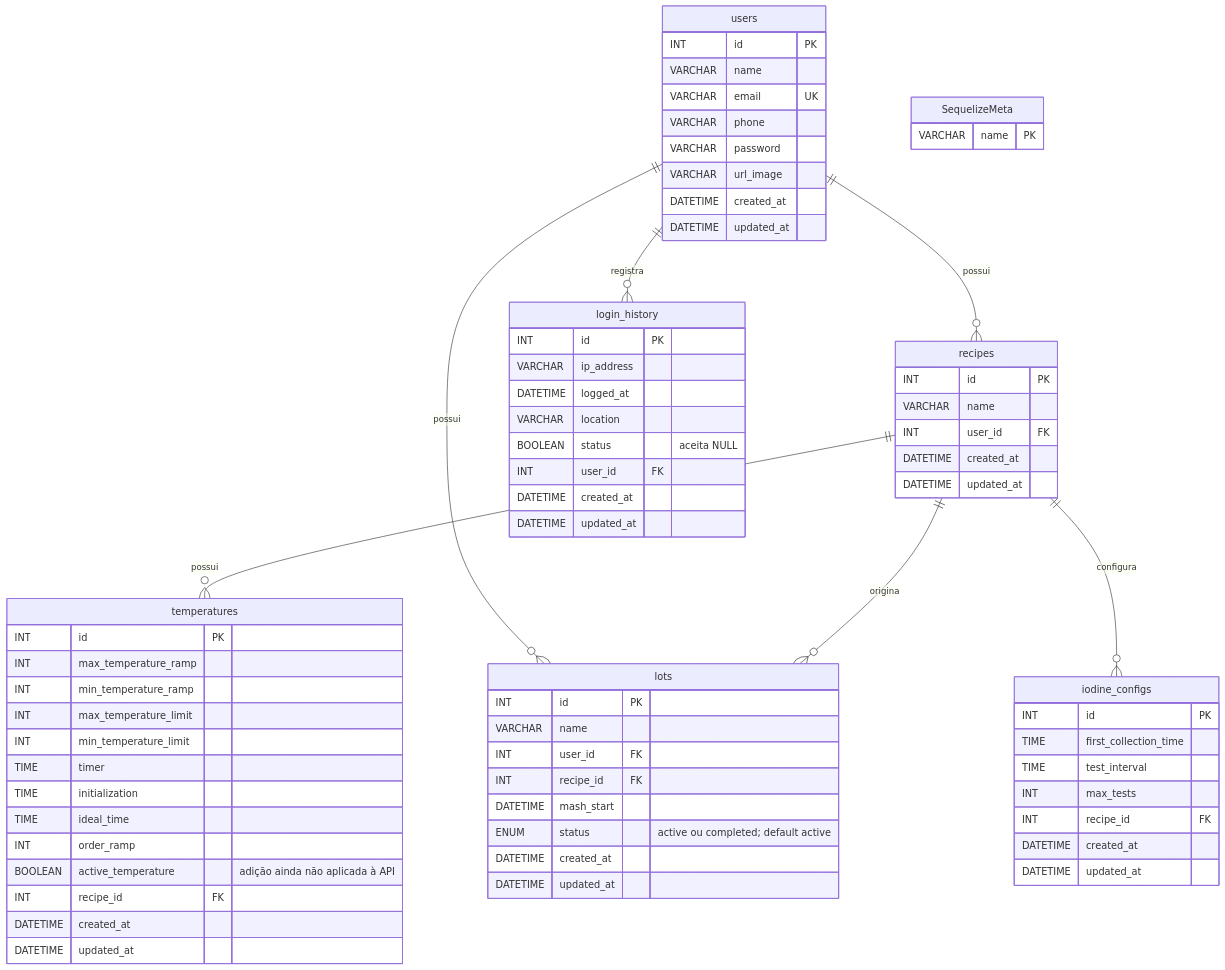
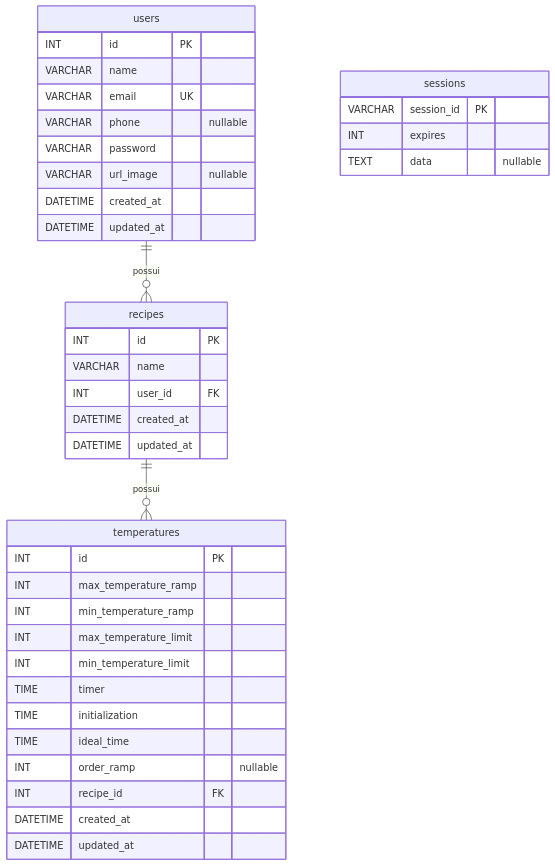
The diagram in database/README.md (conloq/documentation), drawn with Mermaid before and after one commit. The commit also changed other lines of this file and 13 other files, not shown here.

````diff
--- a/database/README.md
+++ b/database/README.md
@@ -25,74 +32,42 @@
 ```mermaid
 erDiagram
     users ||--o{ recipes : possui
     recipes ||--o{ temperatures : possui
-    users ||--o{ lots : possui
-    recipes ||--o{ lots : origina
-    recipes ||--o{ iodine_configs : configura
-    users ||--o{ login_history : registra
 
     users {
         INT id PK
         VARCHAR name
         VARCHAR email UK
-        VARCHAR phone
+        VARCHAR phone "nullable"
         VARCHAR password
-        VARCHAR url_image
+        VARCHAR url_image "nullable"
         DATETIME created_at
         DATETIME updated_at
     }
     recipes {
         INT id PK
         VARCHAR name
         INT user_id FK
         DATETIME created_at
         DATETIME updated_at
     }
     temperatures {
         INT id PK
         INT max_temperature_ramp
         INT min_temperature_ramp
         INT max_temperature_limit
         INT min_temperature_limit
         TIME timer
         TIME initialization
         TIME ideal_time
-        INT order_ramp
-        BOOLEAN active_temperature "adição ainda não aplicada à API"
+        INT order_ramp "nullable"
         INT recipe_id FK
         DATETIME created_at
         DATETIME updated_at
     }
-    SequelizeMeta {
-        VARCHAR name PK
-    }
-    lots {
-        INT id PK
-        VARCHAR name
-        INT user_id FK
-        INT recipe_id FK
-        DATETIME mash_start
-        ENUM status "active ou completed; default active"
-        DATETIME created_at
-        DATETIME updated_at
-    }
-    iodine_configs {
-        INT id PK
-        TIME first_collection_time
-        TIME test_interval
-        INT max_tests
-        INT recipe_id FK
-        DATETIME created_at
-        DATETIME updated_at
-    }
-    login_history {
-        INT id PK
-        VARCHAR ip_address
-        DATETIME logged_at
-        VARCHAR location
-        BOOLEAN status "aceita NULL"
-        INT user_id FK
-        DATETIME created_at
-        DATETIME updated_at
+    sessions {
+        VARCHAR session_id PK
+        INT expires
+        TEXT data "nullable"
     }
 ```
````
